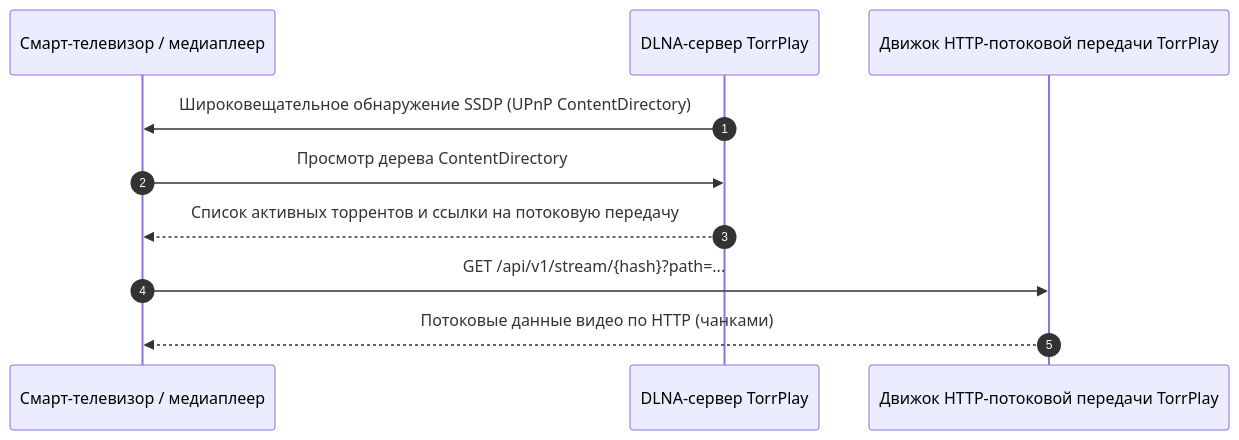
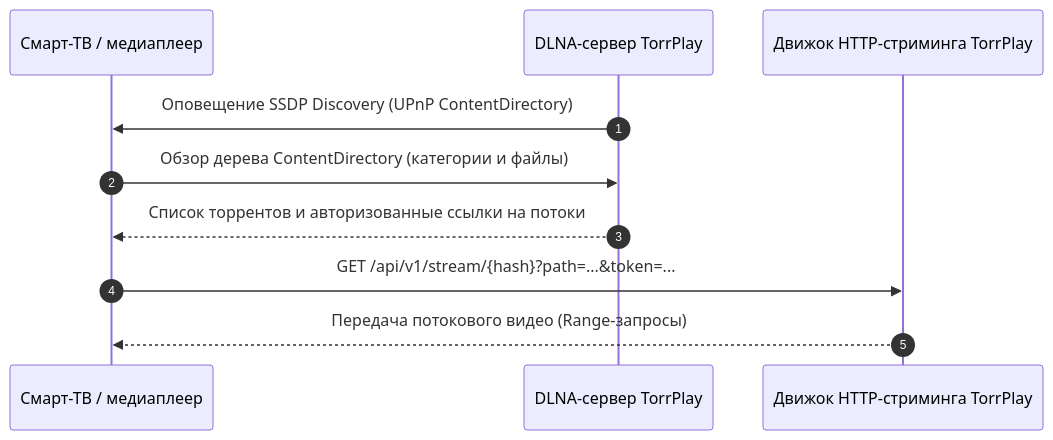
One commit to skunkie/skunkie.github.io changed the diagram in content/ru/docs/dlna.md. Above: the diagram before and after it, drawn with Mermaid. The commit also changed other lines of this file and 37 other files, not shown here.

````diff
--- a/content/ru/docs/dlna.md
+++ b/content/ru/docs/dlna.md
@@ -53,13 +59,13 @@
 ```mermaid
 sequenceDiagram
     autonumber
-    participant TV as Смарт-телевизор / медиаплеер
+    participant TV as Смарт-ТВ / медиаплеер
     participant DLNA as DLNA-сервер TorrPlay
-    participant Engine as Движок HTTP-потоковой передачи TorrPlay
+    participant Engine as Движок HTTP-стриминга TorrPlay
 
-    DLNA->>TV: Широковещательное обнаружение SSDP (UPnP ContentDirectory)
-    TV->>DLNA: Просмотр дерева ContentDirectory
-    DLNA-->>TV: Список активных торрентов и ссылки на потоковую передачу
-    TV->>Engine: GET /api/v1/stream/{hash}?path=...
-    Engine-->>TV: Потоковые данные видео по HTTP (чанками)
+    DLNA->>TV: Оповещение SSDP Discovery (UPnP ContentDirectory)
+    TV->>DLNA: Обзор дерева ContentDirectory (категории и файлы)
+    DLNA-->>TV: Список торрентов и авторизованные ссылки на потоки
+    TV->>Engine: GET /api/v1/stream/{hash}?path=...&token=...
+    Engine-->>TV: Передача потокового видео (Range-запросы)
 ```
````
